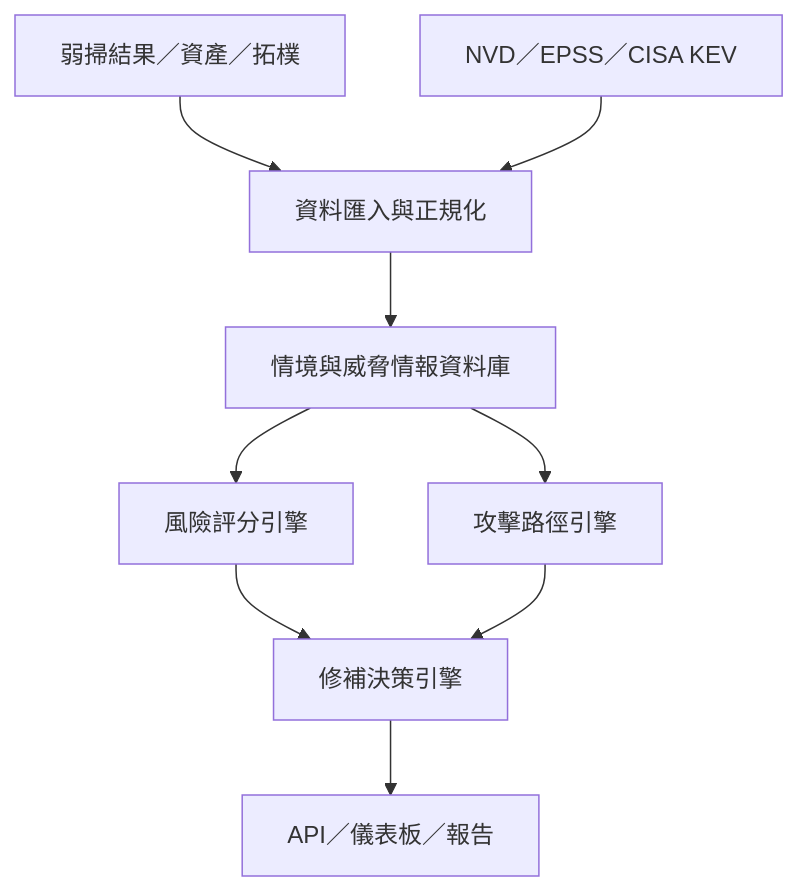
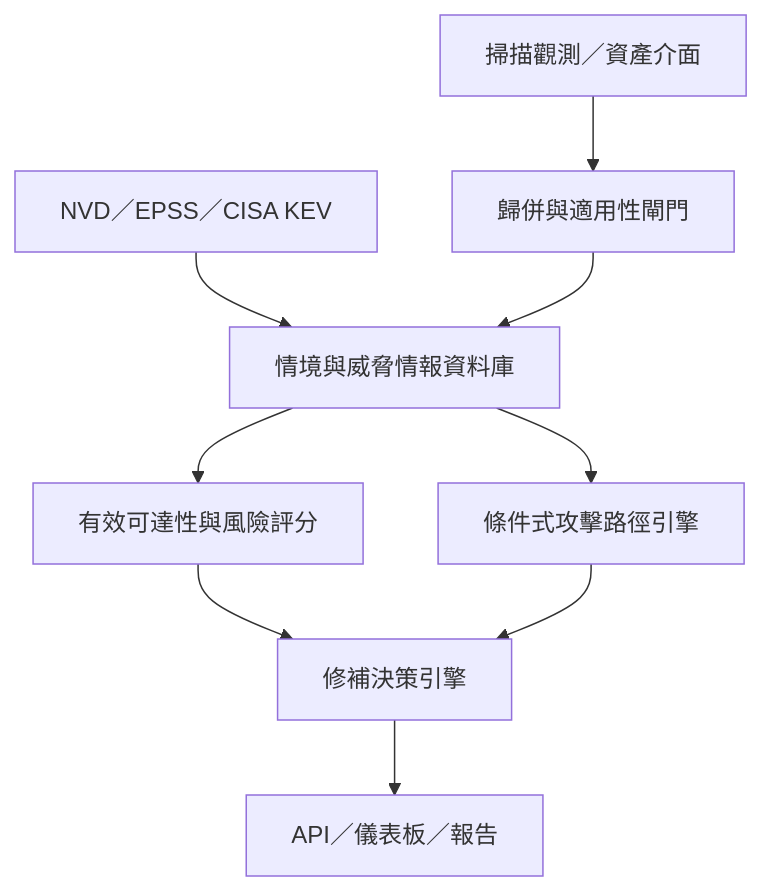
The diagram in docs/CVE2Action-30天總體施工藍圖.md (oldgi/cve2action), drawn with Mermaid before and after one commit. The commit also changed other lines of this file and 4 other files, not shown here.

````diff
--- a/docs/CVE2Action-30天總體施工藍圖.md
+++ b/docs/CVE2Action-30天總體施工藍圖.md
@@ -83,11 +88,11 @@
 ```mermaid
 flowchart TD
-    A["弱掃結果／資產／拓樸"] --> B["資料匯入與正規化"]
-    X["NVD／EPSS／CISA KEV"] --> B
-    B --> C["情境與威脅情報資料庫"]
-    C --> D["風險評分引擎"]
-    C --> E["攻擊路徑引擎"]
+    A["掃描觀測／資產介面"] --> B["歸併與適用性閘門"]
+    X["NVD／EPSS／CISA KEV"] --> C["情境與威脅情報資料庫"]
+    B --> C
+    C --> D["有效可達性與風險評分"]
+    C --> E["條件式攻擊路徑引擎"]
     D --> F["修補決策引擎"]
     E --> F
     F --> G["API／儀表板／報告"]
 ```
````
